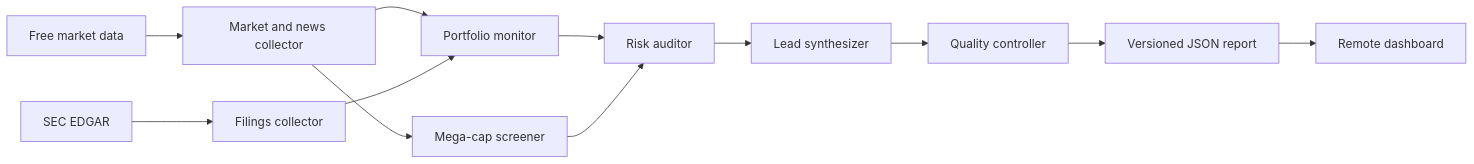
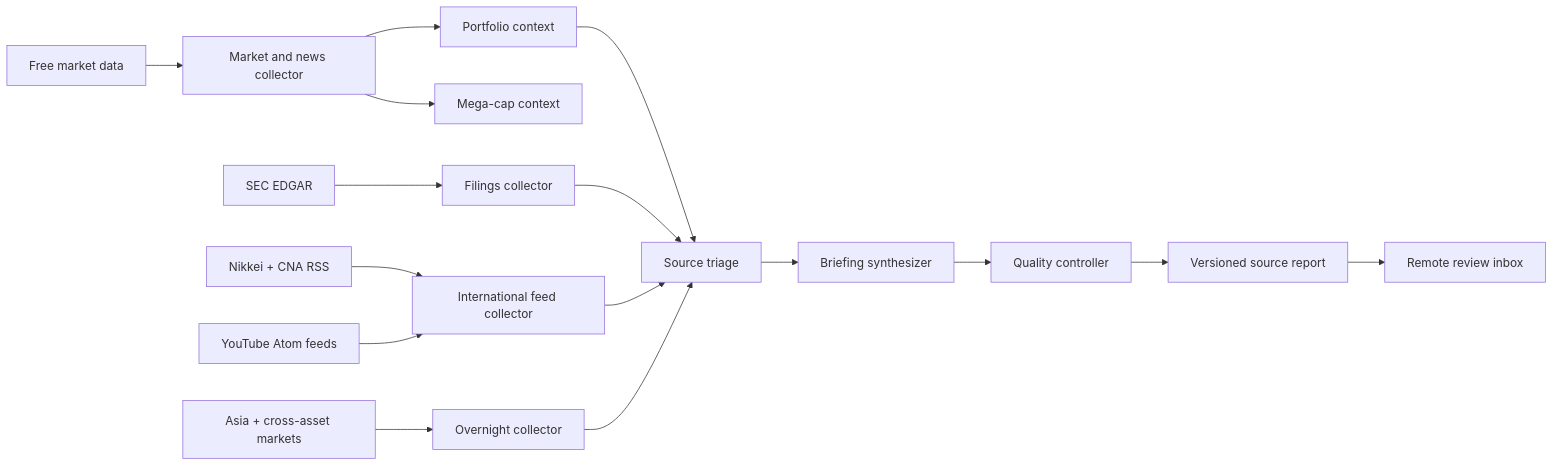
Before and after one commit to Eddie-gi/stock-analyst: the diagram in README.md, drawn with Mermaid. The commit also changed other lines of this file and 20 other files, not shown here.

Commit message:
Make premarket briefing source-first and reliable

````diff
--- a/README.md
+++ b/README.md
@@ -9,14 +9,18 @@
 ```mermaid
 flowchart LR
   A[Free market data] --> B[Market and news collector]
   C[SEC EDGAR] --> D[Filings collector]
-  B --> E[Portfolio monitor]
-  B --> F[Mega-cap screener]
-  D --> E
-  E --> G[Risk auditor]
-  F --> G
-  G --> H[Lead synthesizer]
+  L[Nikkei + CNA RSS] --> M[International feed collector]
+  N[YouTube Atom feeds] --> M
+  O[Asia + cross-asset markets] --> P[Overnight collector]
+  B --> E[Portfolio context]
+  B --> F[Mega-cap context]
+  D --> Q[Source triage]
+  M --> Q
+  E --> Q
+  P --> Q
+  Q --> H[Briefing synthesizer]
   H --> I[Quality controller]
-  I --> J[Versioned JSON report]
-  J --> K[Remote dashboard]
+  I --> J[Versioned source report]
+  J --> K[Remote review inbox]
 ```
````
